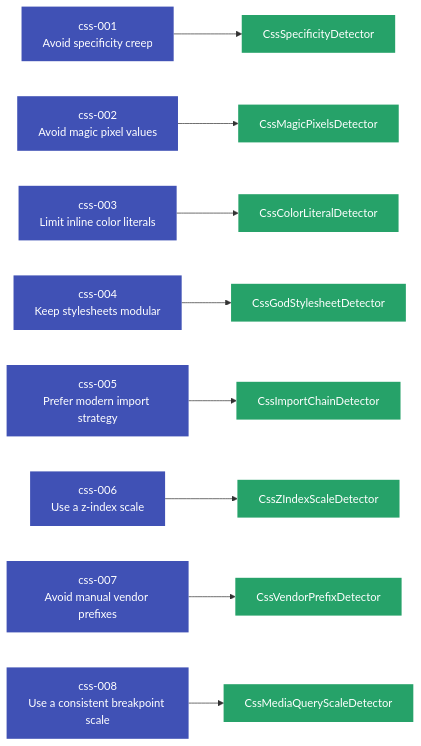
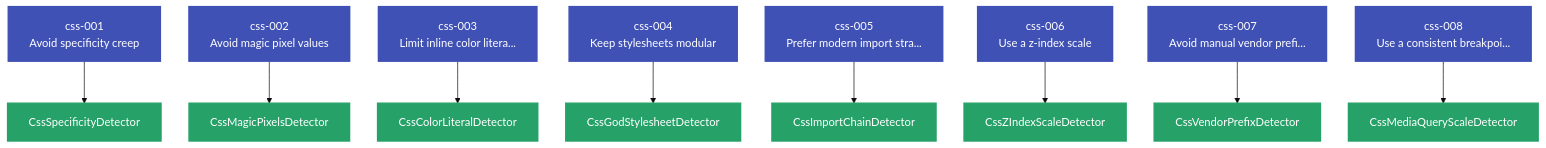
The first of 4 diagrams in docs/user-guide/languages/css.md (Anselmoo/mcp-zen-of-languages), drawn with Mermaid before and after one commit. The commit also changed other lines of this file and 20 other files, not shown here.

Commit message:
fix: improve Mermaid visualization - contrast, text overflow, new diagrams

````diff
--- a/docs/user-guide/languages/css.md
+++ b/docs/user-guide/languages/css.md
@@ -209,45 +209,46 @@
     ```mermaid
-    graph LR
+%%{init: {"theme": "base", "flowchart": {"useMaxWidth": false, "htmlLabels": true, "nodeSpacing": 40, "rankSpacing": 60}}}%%
+    graph TD
     css_001["css-001<br/>Avoid specificity creep"]
     css_002["css-002<br/>Avoid magic pixel values"]
-    css_003["css-003<br/>Limit inline color literals"]
+    css_003["css-003<br/>Limit inline color litera..."]
     css_004["css-004<br/>Keep stylesheets modular"]
-    css_005["css-005<br/>Prefer modern import strategy"]
+    css_005["css-005<br/>Prefer modern import stra..."]
     css_006["css-006<br/>Use a z-index scale"]
-    css_007["css-007<br/>Avoid manual vendor prefixes"]
-    css_008["css-008<br/>Use a consistent breakpoint scale"]
+    css_007["css-007<br/>Avoid manual vendor prefi..."]
+    css_008["css-008<br/>Use a consistent breakpoi..."]
     det_CssColorLiteralDetector["CssColorLiteralDetector"]
     css_003 --> det_CssColorLiteralDetector
     det_CssGodStylesheetDetector["CssGodStylesheetDetector"]
     css_004 --> det_CssGodStylesheetDetector
     det_CssImportChainDetector["CssImportChainDetector"]
     css_005 --> det_CssImportChainDetector
     det_CssMagicPixelsDetector["CssMagicPixelsDetector"]
     css_002 --> det_CssMagicPixelsDetector
     det_CssMediaQueryScaleDetector["CssMediaQueryScaleDetector"]
     css_008 --> det_CssMediaQueryScaleDetector
     det_CssSpecificityDetector["CssSpecificityDetector"]
     css_001 --> det_CssSpecificityDetector
     det_CssVendorPrefixDetector["CssVendorPrefixDetector"]
     css_007 --> det_CssVendorPrefixDetector
     det_CssZIndexScaleDetector["CssZIndexScaleDetector"]
     css_006 --> det_CssZIndexScaleDetector
-    classDef principle fill:#4051b5,color:#fff,stroke:none
-    classDef detector fill:#26a269,color:#fff,stroke:none
+    classDef principle fill:#4051b5,color:#ffffff,stroke:#4051b5,stroke-width:2px
+    classDef detector fill:#26a269,color:#ffffff,stroke:#26a269,stroke-width:2px
     class css_001 principle
     class css_002 principle
     class css_003 principle
     class css_004 principle
     class css_005 principle
     class css_006 principle
     class css_007 principle
     class css_008 principle
     class det_CssColorLiteralDetector detector
     class det_CssGodStylesheetDetector detector
     class det_CssImportChainDetector detector
     class det_CssMagicPixelsDetector detector
     class det_CssMediaQueryScaleDetector detector
     class det_CssSpecificityDetector detector
     class det_CssVendorPrefixDetector detector
     class det_CssZIndexScaleDetector detector
     ```
````
